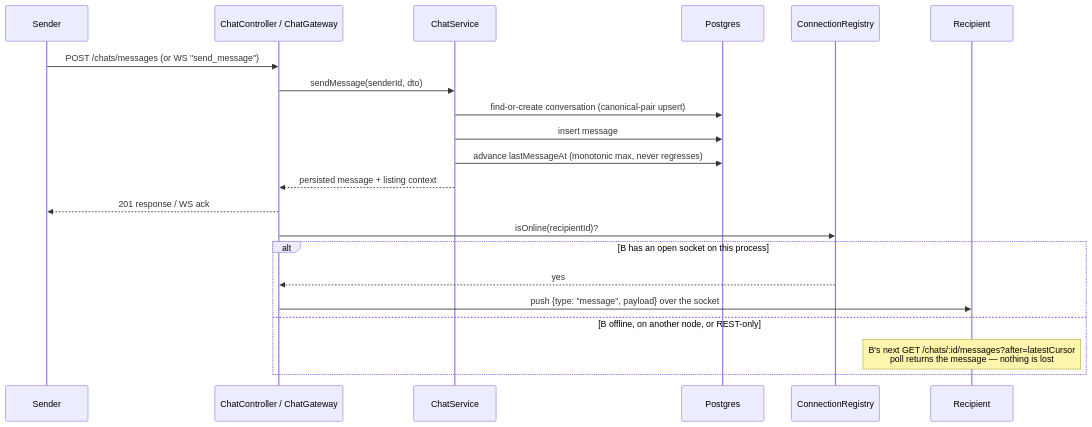
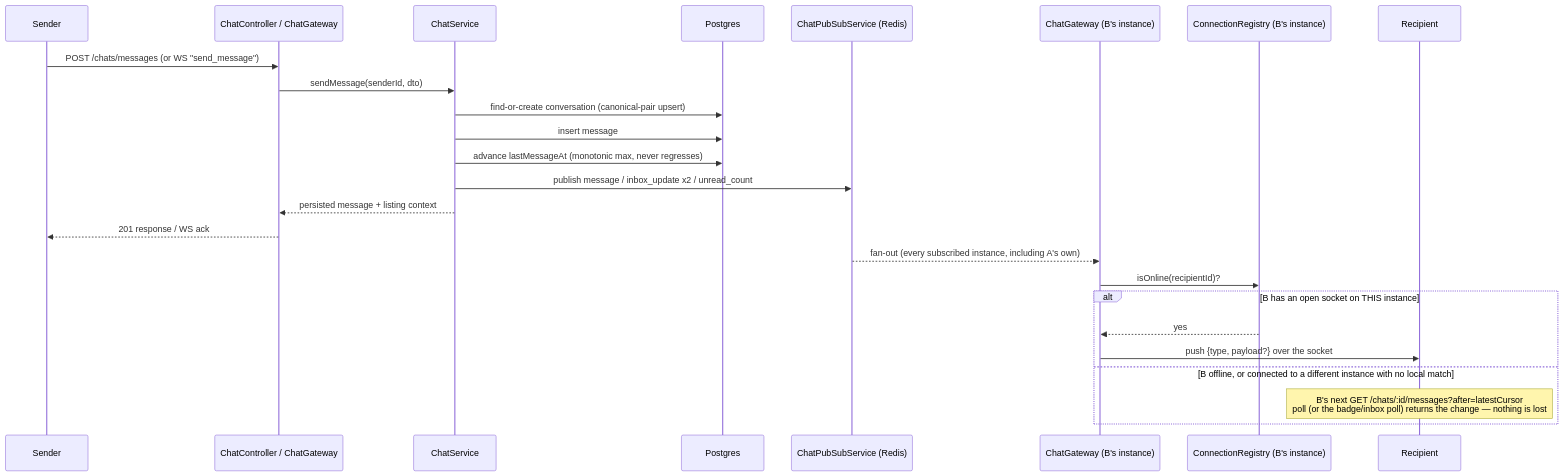
The second of 3 diagrams in apps/backend/src/chat/README.md (SovannrothEang/e-phsar-khmer), drawn with Mermaid before and after one commit. The commit also changed other lines of this file and 13 other files, not shown here.

````diff
--- a/apps/backend/src/chat/README.md
+++ b/apps/backend/src/chat/README.md
@@ -83,25 +86,29 @@
 ```mermaid
 sequenceDiagram
     participant A as Sender
     participant Entry as ChatController / ChatGateway
     participant Svc as ChatService
     participant DB as Postgres
-    participant Reg as ConnectionRegistry
+    participant PS as ChatPubSubService (Redis)
+    participant GwB as ChatGateway (B's instance)
+    participant Reg as ConnectionRegistry (B's instance)
     participant B as Recipient
 
     A->>Entry: POST /chats/messages  (or WS "send_message")
     Entry->>Svc: sendMessage(senderId, dto)
     Svc->>DB: find-or-create conversation (canonical-pair upsert)
     Svc->>DB: insert message
     Svc->>DB: advance lastMessageAt (monotonic max, never regresses)
+    Svc->>PS: publish message / inbox_update x2 / unread_count
     Svc-->>Entry: persisted message + listing context
     Entry-->>A: 201 response / WS ack
 
-    Entry->>Reg: isOnline(recipientId)?
-    alt B has an open socket on this process
-        Reg-->>Entry: yes
-        Entry->>B: push {type: "message", payload} over the socket
-    else B offline, on another node, or REST-only
-        Note over B: B's next GET /chats/:id/messages?after=latestCursor<br/>poll returns the message — nothing is lost
+    PS-->>GwB: fan-out (every subscribed instance, including A's own)
+    GwB->>Reg: isOnline(recipientId)?
+    alt B has an open socket on THIS instance
+        Reg-->>GwB: yes
+        GwB->>B: push {type, payload?} over the socket
+    else B offline, or connected to a different instance with no local match
+        Note over B: B's next GET /chats/:id/messages?after=latestCursor<br/>poll (or the badge/inbox poll) returns the change — nothing is lost
     end
 ```
````
